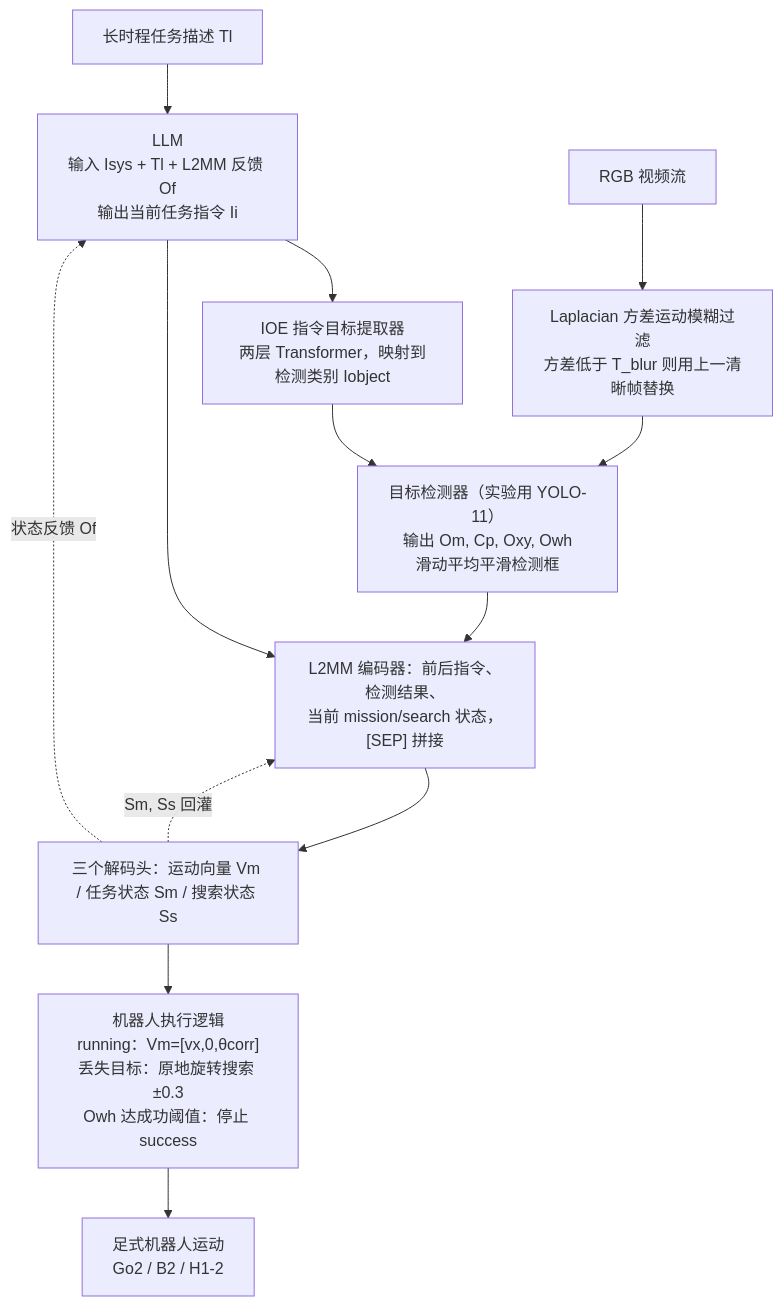
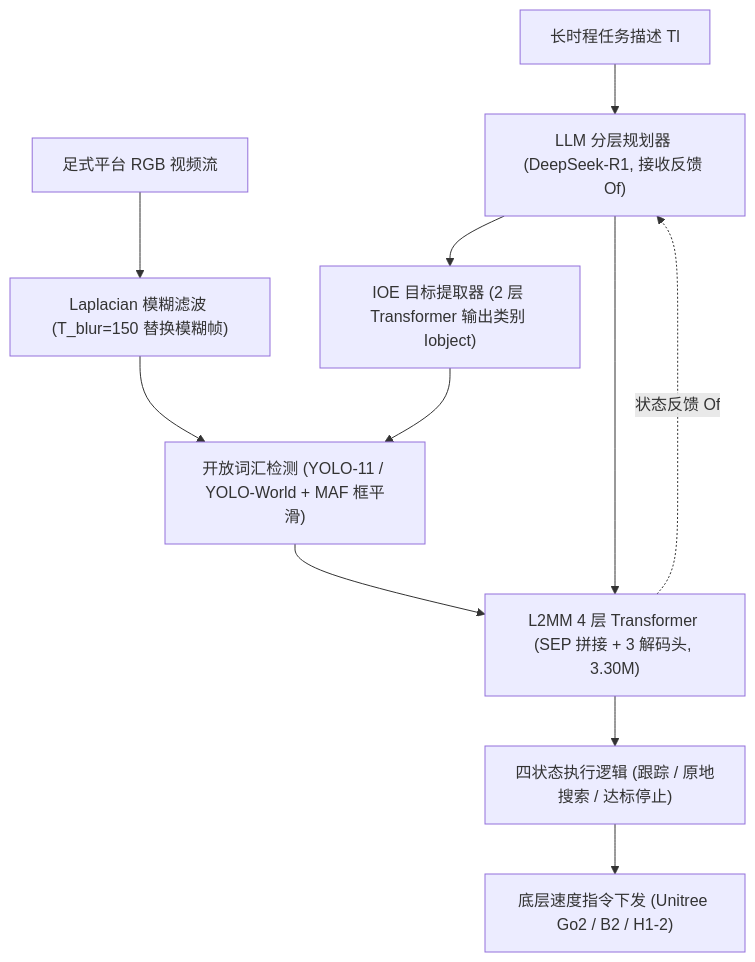
The first of 2 diagrams in wiki/entities/paper-notebook-lovon-legged-open-vocabulary-object-navigator.md (ImChong/Robotics_Notebooks), drawn with Mermaid before and after one commit. The commit also changed other lines of this file and 151 other files, not shown here.

````diff
--- a/wiki/entities/paper-notebook-lovon-legged-open-vocabulary-object-navigator.md
+++ b/wiki/entities/paper-notebook-lovon-legged-open-vocabulary-object-navigator.md
@@ -43,15 +66,13 @@
 ```mermaid
 flowchart TD
-    A["长时程任务描述 Tl"] --> B["LLM<br/>输入 Isys + Tl + L2MM 反馈 Of<br/>输出当前任务指令 Ii"]
-    B --> C["IOE 指令目标提取器<br/>两层 Transformer，映射到检测类别 Iobject"]
-    D["RGB 视频流"] --> E["Laplacian 方差运动模糊过滤<br/>方差低于 T_blur 则用上一清晰帧替换"]
-    E --> F["目标检测器（实验用 YOLO-11）<br/>输出 Om, Cp, Oxy, Owh<br/>滑动平均平滑检测框"]
-    C --> F
-    F --> G["L2MM 编码器：前后指令、检测结果、<br/>当前 mission/search 状态，[SEP] 拼接"]
-    B --> G
-    G --> H["三个解码头：运动向量 Vm / 任务状态 Sm / 搜索状态 Ss"]
-    H --> I["机器人执行逻辑<br/>running：Vm=[vx,0,θcorr]<br/>丢失目标：原地旋转搜索 ±0.3<br/>Owh 达成功阈值：停止 success"]
-    I --> J["足式机器人运动<br/>Go2 / B2 / H1-2"]
-    H -. "状态反馈 Of" .-> B
-    H -. "Sm, Ss 回灌" .-> G
+    TL["长时程任务描述 Tl"] --> LLM["LLM 分层规划器 (DeepSeek-R1, 接收反馈 Of)"]
+    LLM --> IOE["IOE 目标提取器 (2 层 Transformer 输出类别 Iobject)"]
+    CAM["足式平台 RGB 视频流"] --> BLUR["Laplacian 模糊滤波 (T_blur=150 替换模糊帧)"]
+    BLUR --> DET["开放词汇检测 (YOLO-11 / YOLO-World + MAF 框平滑)"]
+    IOE --> DET
+    DET --> L2MM["L2MM 4 层 Transformer (SEP 拼接 + 3 解码头, 3.30M)"]
+    LLM --> L2MM
+    L2MM --> FSM["四状态执行逻辑 (跟踪 / 原地搜索 / 达标停止)"]
+    FSM --> SDK["底层速度指令下发 (Unitree Go2 / B2 / H1-2)"]
+    L2MM -. "状态反馈 Of" .-> LLM
 ```
````
